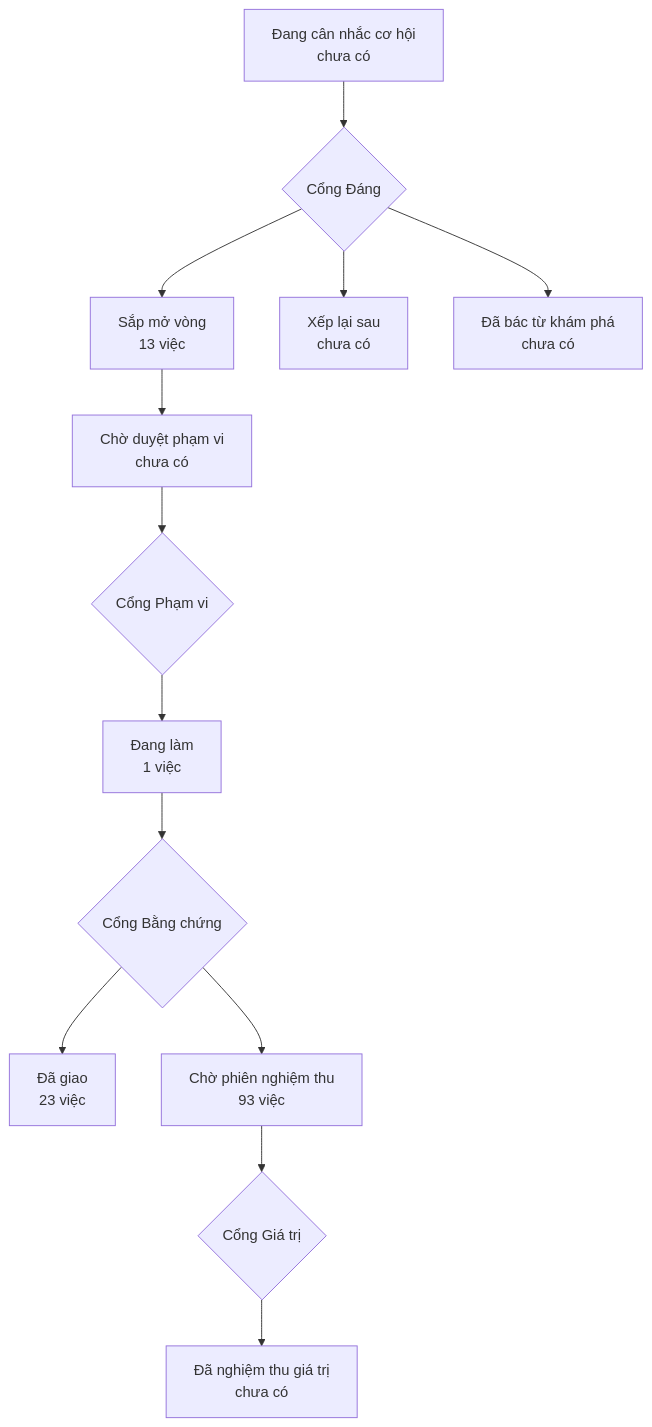
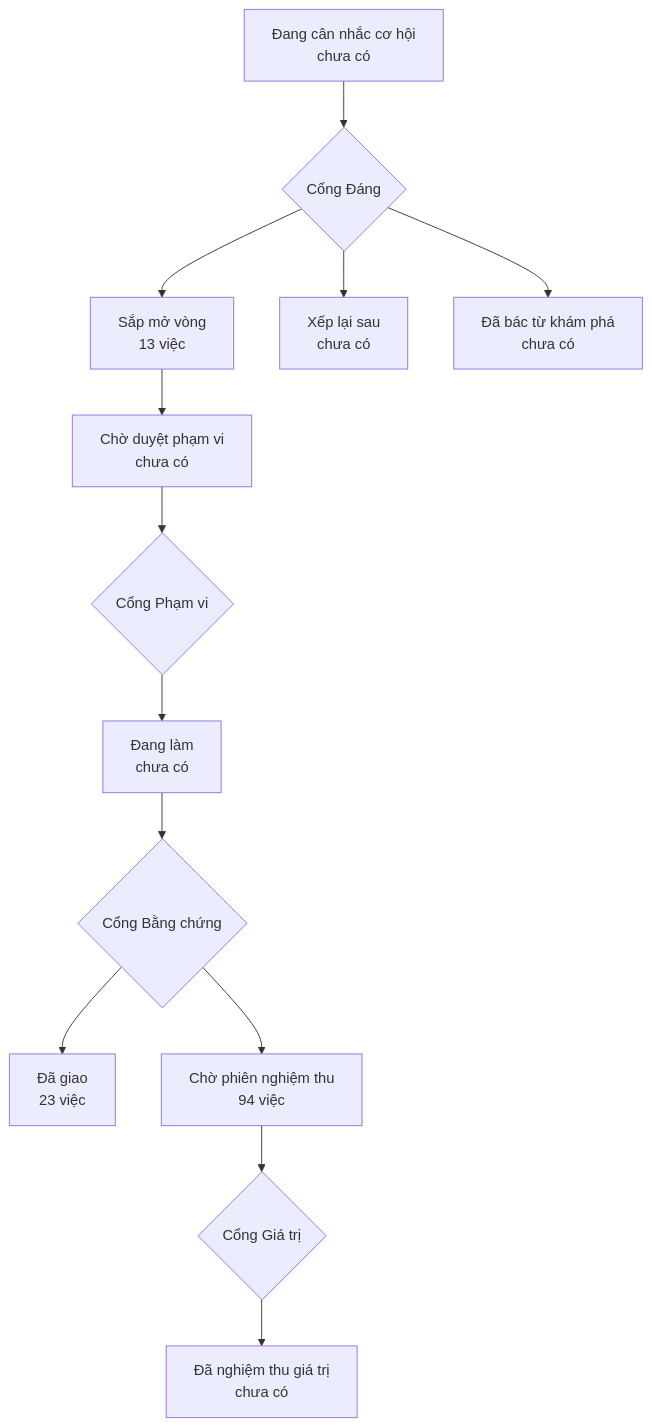
One commit to phanlemanh/onehub-quy-hang changed the diagram in PRODUCT-MAP.md. Above: the diagram before and after it, drawn with Mermaid. The commit also changed other lines of this file and 7 other files, not shown here.

````diff
--- a/PRODUCT-MAP.md
+++ b/PRODUCT-MAP.md
@@ -7,12 +7,12 @@
 ```mermaid
 flowchart TD
   A["Đang cân nhắc cơ hội<br/>chưa có"] --> GD{"Cổng Đáng"}
   GD --> B["Sắp mở vòng<br/>13 việc"]
   GD --> XL["Xếp lại sau<br/>chưa có"]
   GD --> DB["Đã bác từ khám phá<br/>chưa có"]
   B --> CD["Chờ duyệt phạm vi<br/>chưa có"] --> GP{"Cổng Phạm vi"}
-  GP --> DL["Đang làm<br/>1 việc"] --> GB{"Cổng Bằng chứng"}
+  GP --> DL["Đang làm<br/>chưa có"] --> GB{"Cổng Bằng chứng"}
   GB --> DG["Đã giao<br/>23 việc"]
-  GB --> CN["Chờ phiên nghiệm thu<br/>93 việc"] --> GG{"Cổng Giá trị"}
+  GB --> CN["Chờ phiên nghiệm thu<br/>94 việc"] --> GG{"Cổng Giá trị"}
   GG --> NT["Đã nghiệm thu giá trị<br/>chưa có"]
 ```
````
